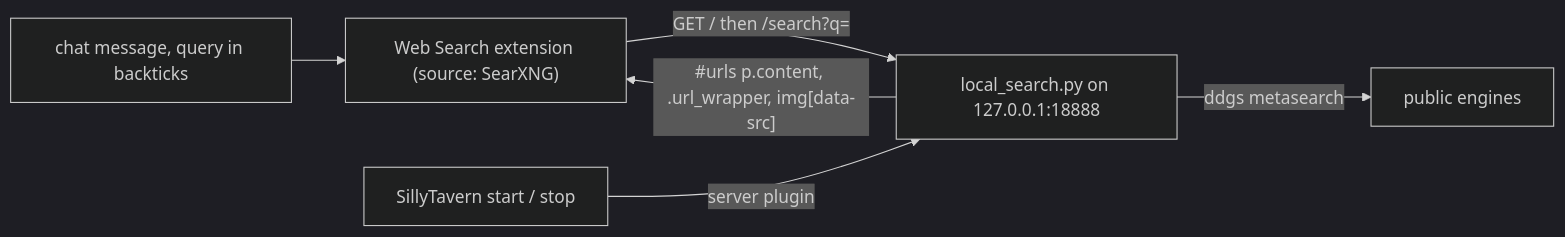
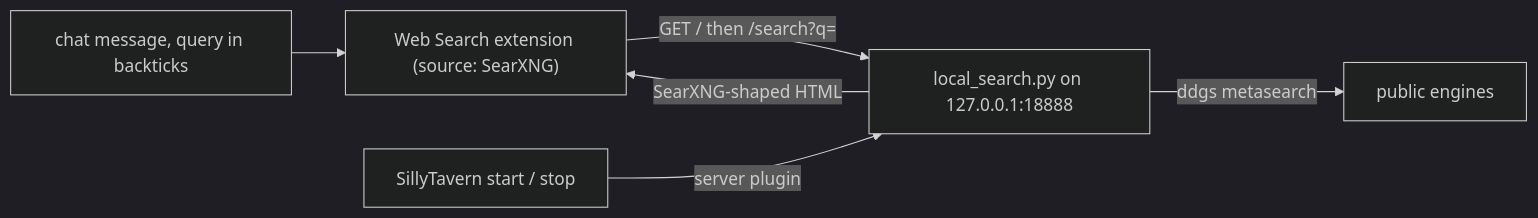
Before and after one commit to SenjuWoo/SillyTavern-LocalSearch: the diagram in README.md, drawn with Mermaid (dark theme). The commit also changed 1 other file, not shown here.

Commit message:
docs: plain mermaid edge label, link the preset trap from the profiles doc

````diff
--- a/README.md
+++ b/README.md
@@ -157,8 +157,8 @@
 ```mermaid
 flowchart LR
   CHAT["chat message, query in backticks"] --> WS["Web Search extension (source: SearXNG)"]
   WS -->|"GET / then /search?q="| LS["local_search.py on 127.0.0.1:18888"]
   LS -->|"ddgs metasearch"| ENG["public engines"]
-  LS -->|"#urls p.content, .url_wrapper, img[data-src]"| WS
+  LS -->|"SearXNG-shaped HTML"| WS
   ST["SillyTavern start / stop"] -->|"server plugin"| LS
 ```
````
